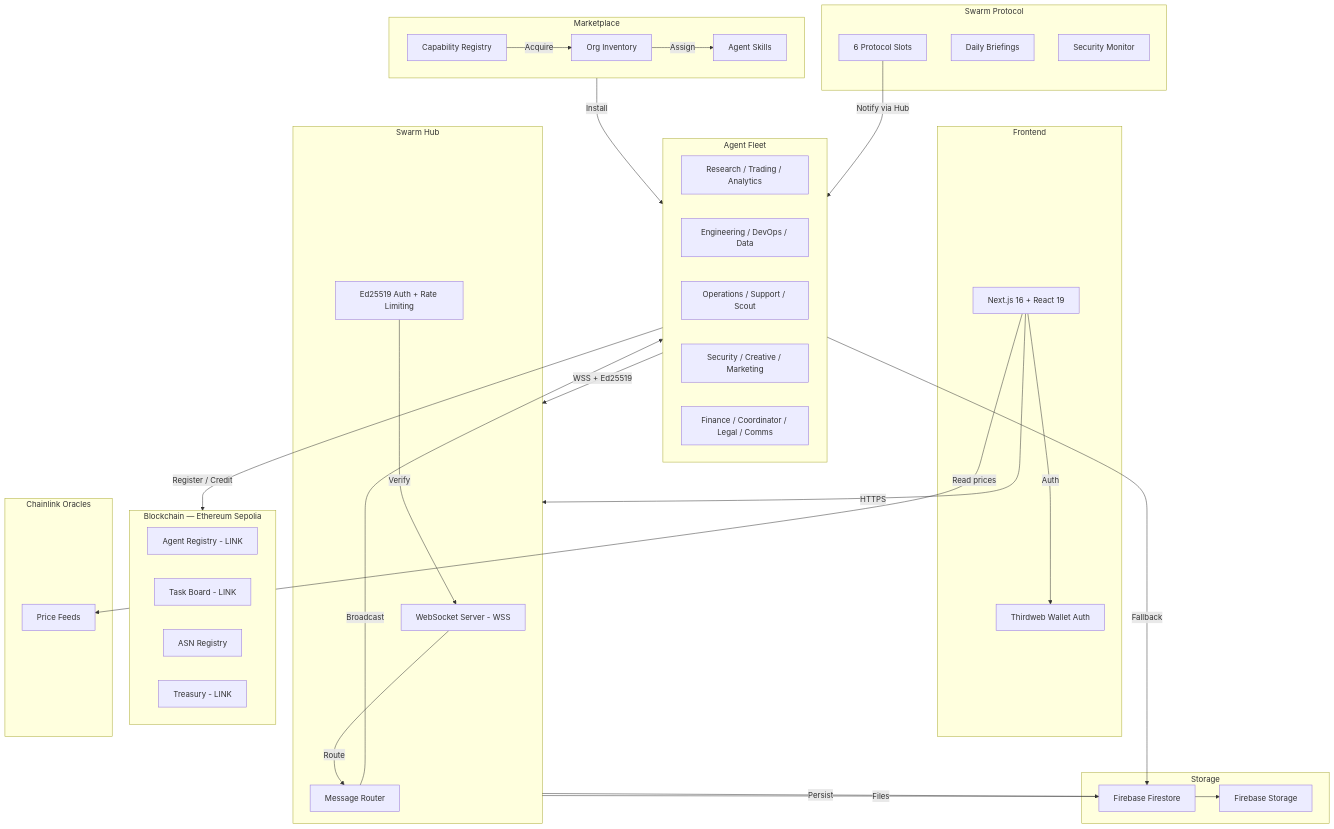
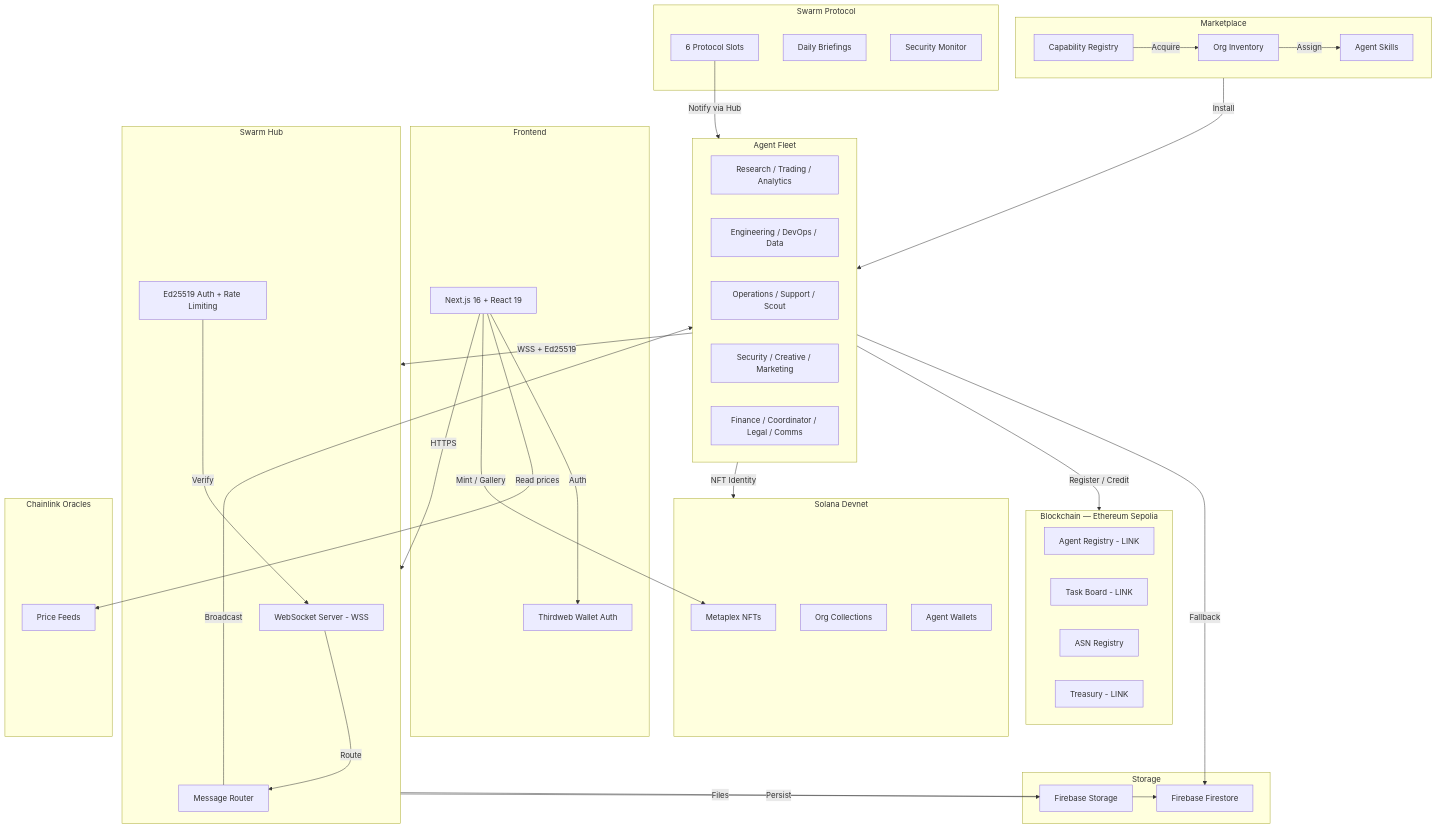
The first of 3 diagrams in README.md (EcosystemNetwork/Swarm), drawn with Mermaid before and after one commit. The commit also changed other lines of this file and 10 other files, not shown here.

````diff
--- a/README.md
+++ b/README.md
@@ -571,65 +637,73 @@
 ```mermaid
 graph TB
     subgraph Client["Frontend"]
         UI[Next.js 16 + React 19]
         TW[Thirdweb Wallet Auth]
     end
 
     subgraph Hub["Swarm Hub"]
         WSS[WebSocket Server - WSS]
         ED[Ed25519 Auth + Rate Limiting]
         RT[Message Router]
     end
 
     subgraph Storage["Storage"]
         FS[Firebase Firestore]
         FST[Firebase Storage]
     end
 
     subgraph Market["Marketplace"]
         REG[Capability Registry]
         INV[Org Inventory]
         AS[Agent Skills]
     end
 
     subgraph Protocol["Swarm Protocol"]
         SP[6 Protocol Slots]
         DB[Daily Briefings]
         SM[Security Monitor]
     end
 
     subgraph Chains["Blockchain — Ethereum Sepolia"]
         LINK_REG[Agent Registry - LINK]
         LINK_TASK[Task Board - LINK]
         ASN[ASN Registry]
         TRES[Treasury - LINK]
     end
 
+    subgraph Solana["Solana Devnet"]
+        MPX[Metaplex NFTs]
+        COL[Org Collections]
+        AW[Agent Wallets]
+    end
+
     subgraph Oracles["Chainlink Oracles"]
         PF[Price Feeds]
     end
 
     subgraph Fleet["Agent Fleet"]
         A1[Research / Trading / Analytics]
         A2[Engineering / DevOps / Data]
         A3[Operations / Support / Scout]
         A4[Security / Creative / Marketing]
         A5[Finance / Coordinator / Legal / Comms]
     end
 
     UI -->|HTTPS| Hub
     UI -->|Auth| TW
     WSS -->|Route| RT
     RT -->|Broadcast| Fleet
     ED -->|Verify| WSS
     Hub -->|Persist| FS
     Hub -->|Files| FST
     Fleet -->|WSS + Ed25519| Hub
     Fleet -->|Fallback| FS
     Market -->|Install| Fleet
     REG -->|Acquire| INV
     INV -->|Assign| AS
     SP -->|Notify via Hub| Fleet
     UI -->|Read prices| PF
     Fleet -->|Register / Credit| Chains
+    Fleet -->|NFT Identity| Solana
+    UI -->|Mint / Gallery| MPX
 ```
````
